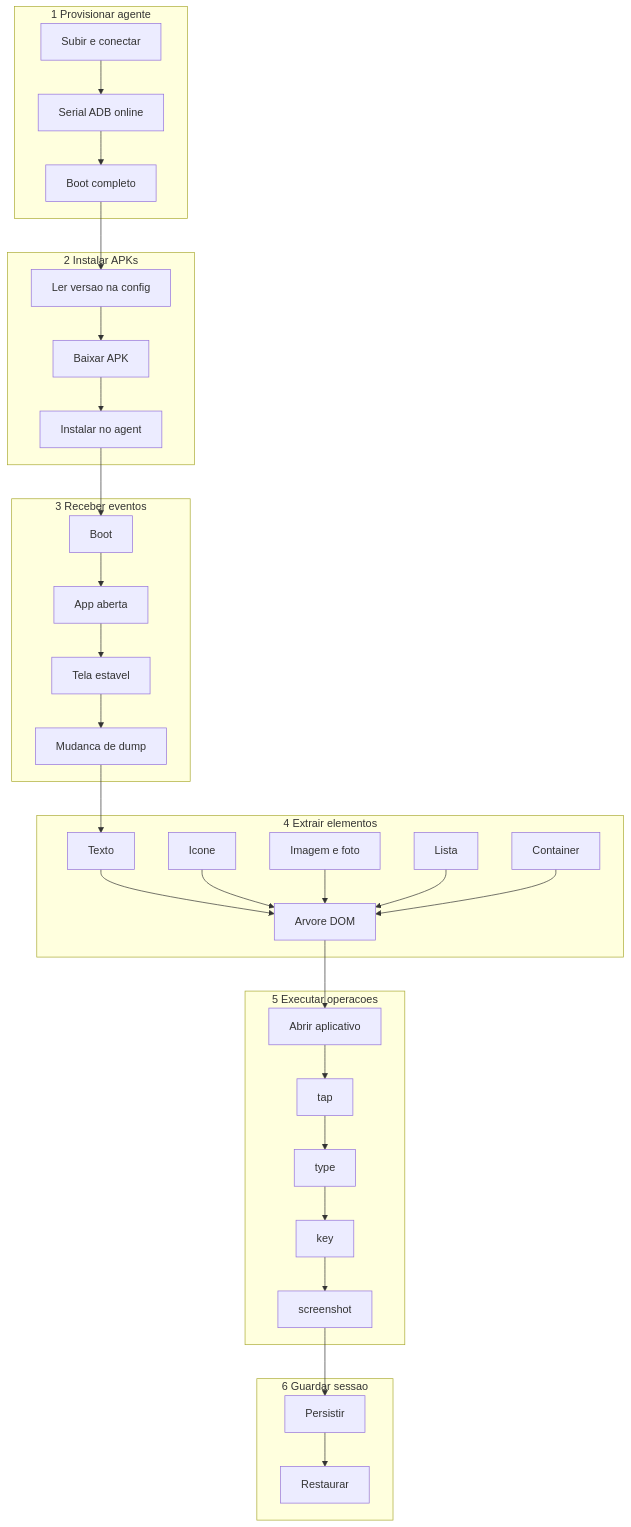
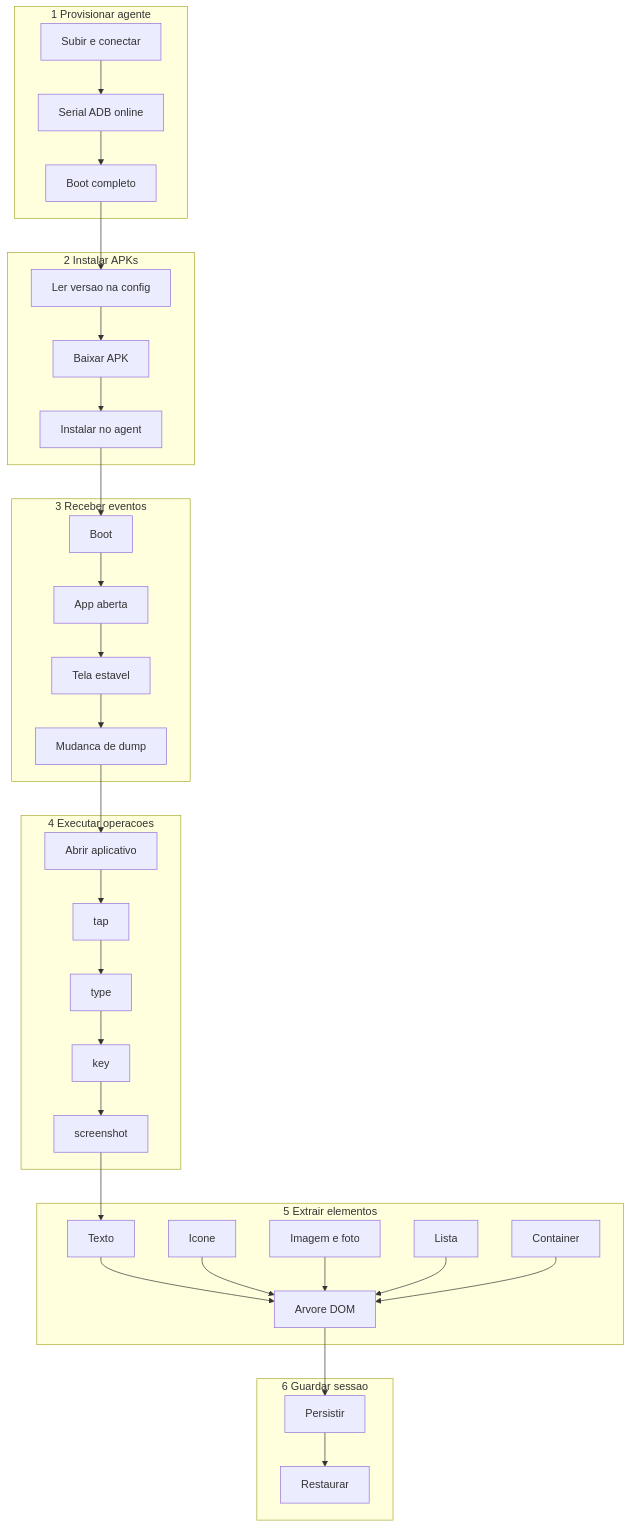
Before and after one commit to laerciogermano/workstation: the first of 3 diagrams in core/tasks/README.md, drawn with Mermaid. The commit also changed other lines of this file and 5 other files, not shown here.

First line of the commit message:
Coloca Executar operações antes de Extrair elementos no screen-robot.

````diff
--- a/core/tasks/README.md
+++ b/core/tasks/README.md
@@ -48,43 +48,43 @@
 ```mermaid
 flowchart TB
   subgraph P[1 Provisionar agente]
     P1[Subir e conectar] --> P2[Serial ADB online]
     P2 --> P3[Boot completo]
   end
 
   subgraph I[2 Instalar APKs]
     I1[Ler versao na config] --> I2[Baixar APK]
     I2 --> I3[Instalar no agent]
   end
 
   subgraph E[3 Receber eventos]
     E1[Boot] --> E2[App aberta]
     E2 --> E3[Tela estavel]
     E3 --> E4[Mudanca de dump]
   end
 
-  subgraph X[4 Extrair elementos]
+  subgraph O[4 Executar operacoes]
+    O1[Abrir aplicativo] --> O2[tap]
+    O2 --> O3[type]
+    O3 --> O4[key]
+    O4 --> O5[screenshot]
+  end
+
+  subgraph X[5 Extrair elementos]
     X1[Texto] --> X6[Arvore DOM]
     X2[Icone] --> X6
     X3[Imagem e foto] --> X6
     X4[Lista] --> X6
     X5[Container] --> X6
-  end
-
-  subgraph O[5 Executar operacoes]
-    O1[Abrir aplicativo] --> O2[tap]
-    O2 --> O3[type]
-    O3 --> O4[key]
-    O4 --> O5[screenshot]
   end
 
   subgraph S[6 Guardar sessao]
     S1[Persistir] --> S2[Restaurar]
   end
 
   P3 --> I1
   I3 --> E1
-  E4 --> X1
-  X6 --> O1
-  O5 --> S1
+  E4 --> O1
+  O5 --> X1
+  X6 --> S1
 ```
````
